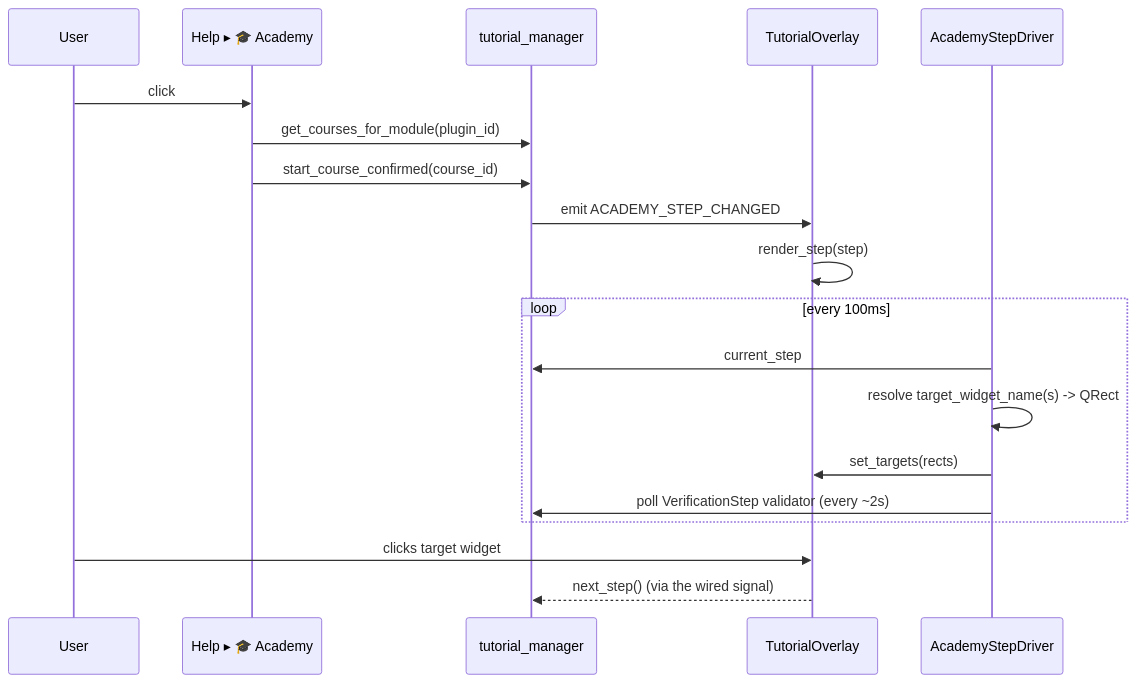
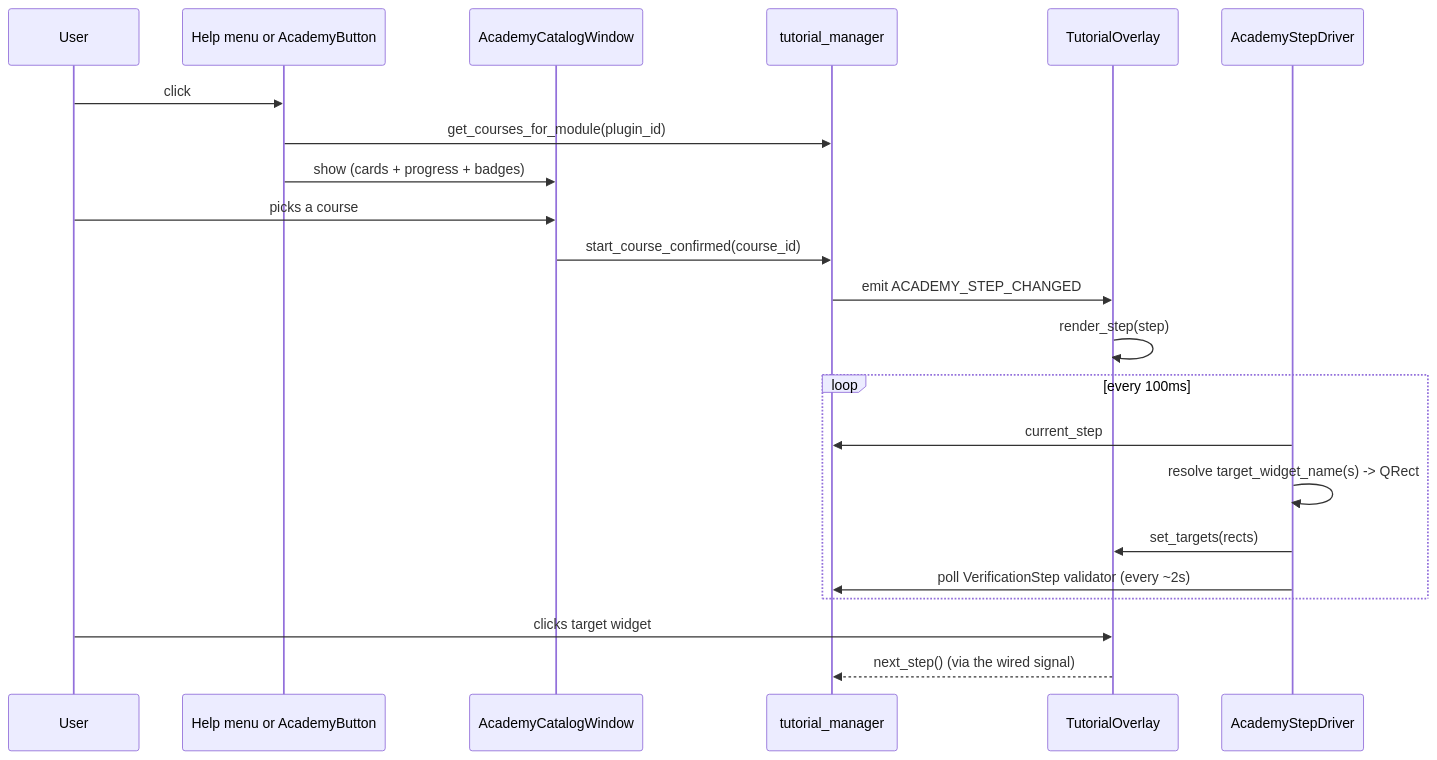
Before and after one commit to KalaimaranB/BioPro: the second of 2 diagrams in docs/internal/27_Academy_Engine.md, drawn with Mermaid. The commit also changed other lines of this file and 17 other files, not shown here.

````diff
--- a/docs/internal/27_Academy_Engine.md
+++ b/docs/internal/27_Academy_Engine.md
@@ -226,22 +237,25 @@
 ```mermaid
 sequenceDiagram
     participant User
-    participant Menu as Help ▸ 🎓 Academy
+    participant Entry as Help menu or AcademyButton
+    participant Catalog as AcademyCatalogWindow
     participant TM as tutorial_manager
     participant Overlay as TutorialOverlay
     participant Driver as AcademyStepDriver
 
-    User->>Menu: click
-    Menu->>TM: get_courses_for_module(plugin_id)
-    Menu->>TM: start_course_confirmed(course_id)
+    User->>Entry: click
+    Entry->>TM: get_courses_for_module(plugin_id)
+    Entry->>Catalog: show (cards + progress + badges)
+    User->>Catalog: picks a course
+    Catalog->>TM: start_course_confirmed(course_id)
     TM->>Overlay: emit ACADEMY_STEP_CHANGED
     Overlay->>Overlay: render_step(step)
     loop every 100ms
         Driver->>TM: current_step
         Driver->>Driver: resolve target_widget_name(s) -> QRect
         Driver->>Overlay: set_targets(rects)
         Driver->>TM: poll VerificationStep validator (every ~2s)
     end
     User->>Overlay: clicks target widget
     Overlay-->>TM: next_step() (via the wired signal)
 ```
````
